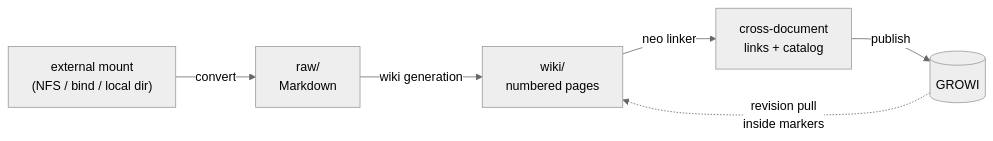
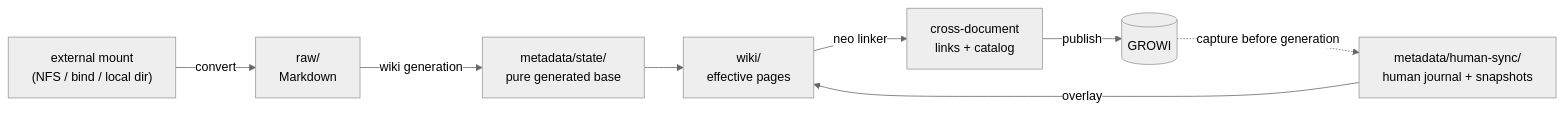
The diagram in llm-wiki-air/README.md (blazingbhavneek/llm-wiki-dist), drawn with Mermaid (neutral theme) before and after one commit. The commit also changed other lines of this file and 93 other files, not shown here.

````diff
--- a/llm-wiki-air/README.md
+++ b/llm-wiki-air/README.md
@@ -14,8 +14,10 @@
 ```mermaid
 flowchart LR
     M["external mount<br/>(NFS / bind / local dir)"] -->|convert| R["raw/<br/>Markdown"]
-    R -->|wiki generation| W["wiki/<br/>numbered pages"]
+    R -->|wiki generation| B["metadata/state/<br/>pure generated base"]
+    B --> W["wiki/<br/>effective pages"]
+    H["metadata/human-sync/<br/>human journal + snapshots"] -->|overlay| W
     W -->|neo linker| L["cross-document<br/>links + catalog"]
     L -->|publish| G[("GROWI")]
-    G -.->|revision pull<br/>inside markers| W
+    G -.->|capture before generation| H
 ```
````
